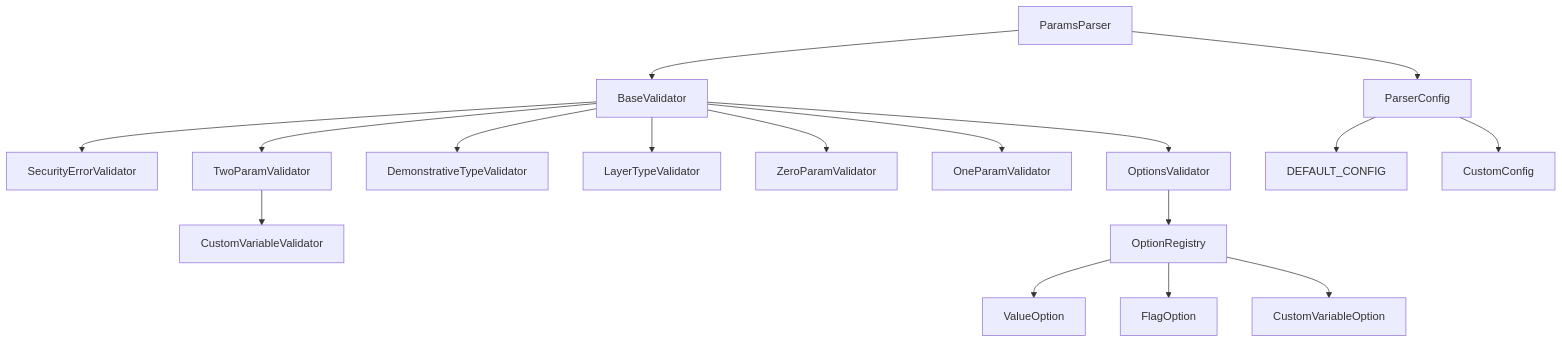
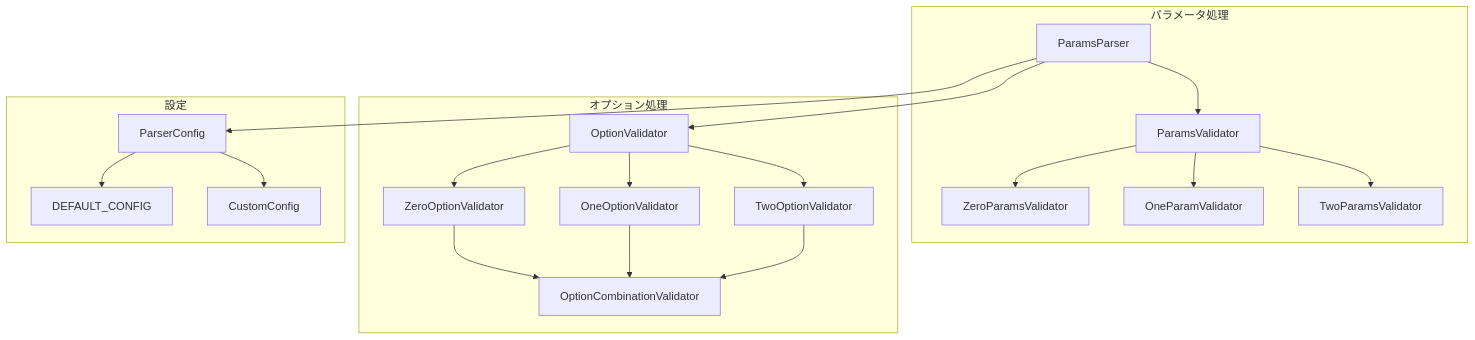
The first of 7 diagrams in docs/architecture/layer2_diagrams.ja.md (tettuan/breakdownparams), drawn with Mermaid before and after one commit. The commit also changed other lines of this file and 32 other files, not shown here.

First line of the commit message:
refactor(validator): restructure option validation system

````diff
--- a/docs/architecture/layer2_diagrams.ja.md
+++ b/docs/architecture/layer2_diagrams.ja.md
@@ -7,23 +7,25 @@
 ```mermaid
 graph TD
-    A[ParamsParser] --> B[BaseValidator]
-    B --> C[SecurityErrorValidator]
-    B --> D[OptionsValidator]
-    B --> E[DemonstrativeTypeValidator]
-    B --> F[LayerTypeValidator]
-    B --> G[ZeroParamValidator]
-    B --> H[OneParamValidator]
-    B --> I[TwoParamValidator]
-    
-    A --> J[ParserConfig]
-    J --> K[DEFAULT_CONFIG]
-    J --> L[CustomConfig]
-    
-    I --> M[CustomVariableValidator]
+    subgraph "パラメータ処理"
+        A[ParamsParser] --> B[ParamsValidator]
+        B --> C1[ZeroParamsValidator]
+        B --> C2[OneParamValidator]
+        B --> C3[TwoParamsValidator]
+    end
 
-    N[OptionRegistry] --> O[ValueOption]
-    N --> P[FlagOption]
-    N --> Q[CustomVariableOption]
-    
-    D --> N
+    subgraph "オプション処理"
+        A --> D[OptionValidator]
+        D --> E1[ZeroOptionValidator]
+        D --> E2[OneOptionValidator]
+        D --> E3[TwoOptionValidator]
+        E1 --> F[OptionCombinationValidator]
+        E2 --> F
+        E3 --> F
+    end
+
+    subgraph "設定"
+        A --> G[ParserConfig]
+        G --> H1[DEFAULT_CONFIG]
+        G --> H2[CustomConfig]
+    end
 ```
````
